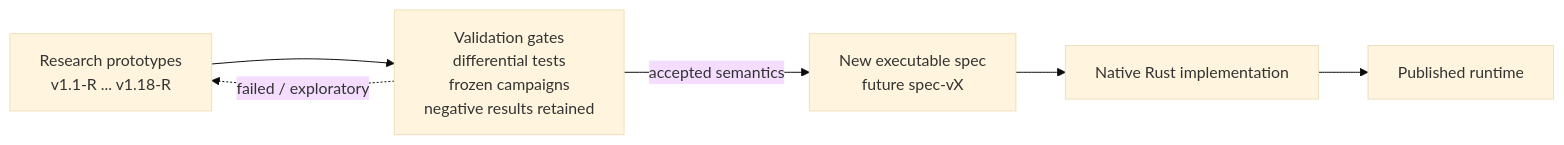
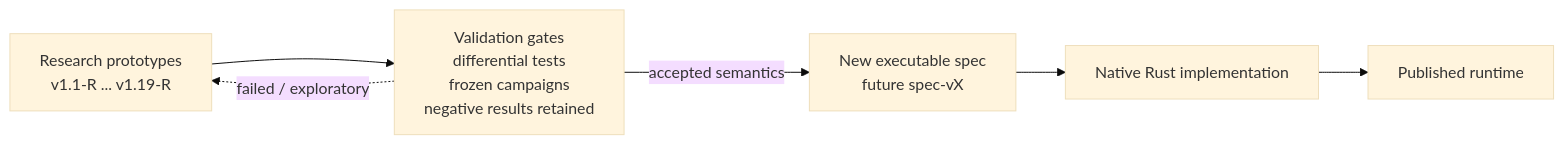
The second of 14 diagrams in docs/ARCHITECTURE.md (ordinaly/cortex), drawn with Mermaid (base theme) before and after one commit. The commit also changed other lines of this file, not shown here.

Commit message:
Advance architecture frontier to v1.19-R

````diff
--- a/docs/ARCHITECTURE.md
+++ b/docs/ARCHITECTURE.md
@@ -81,15 +81,15 @@
 ```mermaid
 flowchart LR
-    R["Research prototypes<br/>v1.1-R ... v1.18-R"]
+    R["Research prototypes<br/>v1.1-R ... v1.19-R"]
     G["Validation gates<br/>differential tests<br/>frozen campaigns<br/>negative results retained"]
     S["New executable spec<br/>future spec-vX"]
     N["Native Rust implementation"]
     P["Published runtime"]
 
     R --> G
     G -->|"accepted semantics"| S
     S --> N
     N --> P
 
     G -.->|"failed / exploratory"| R
 ```
````
